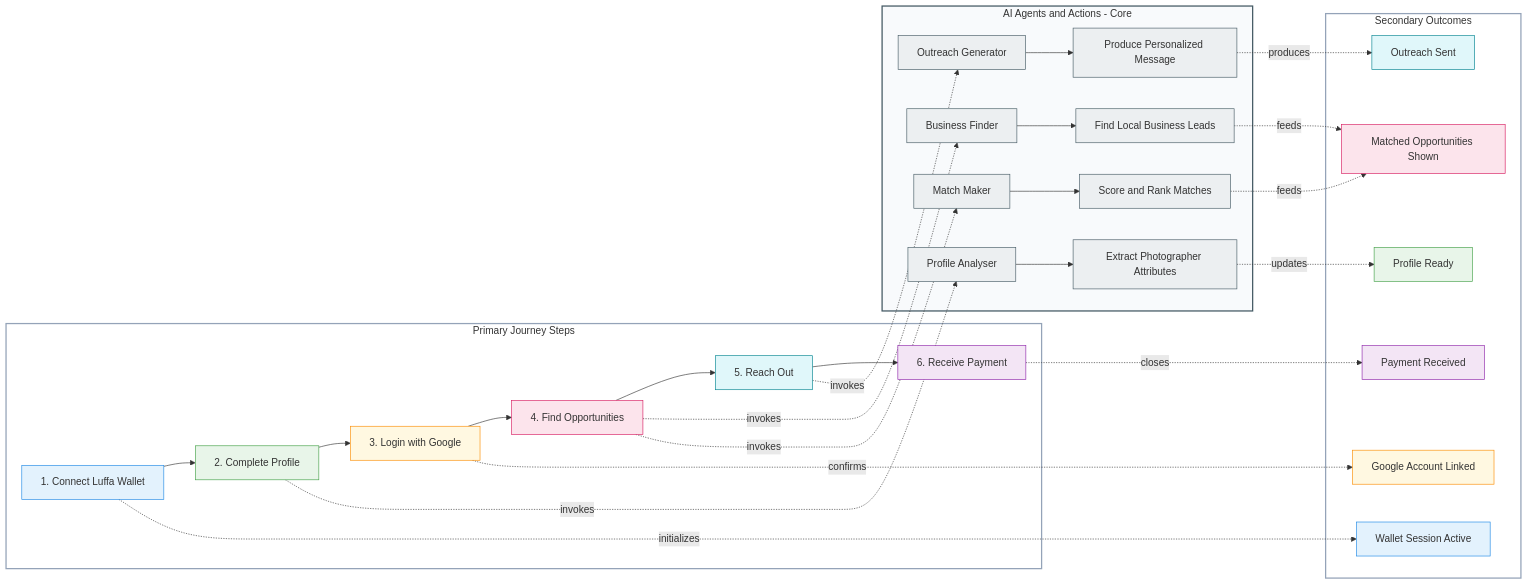
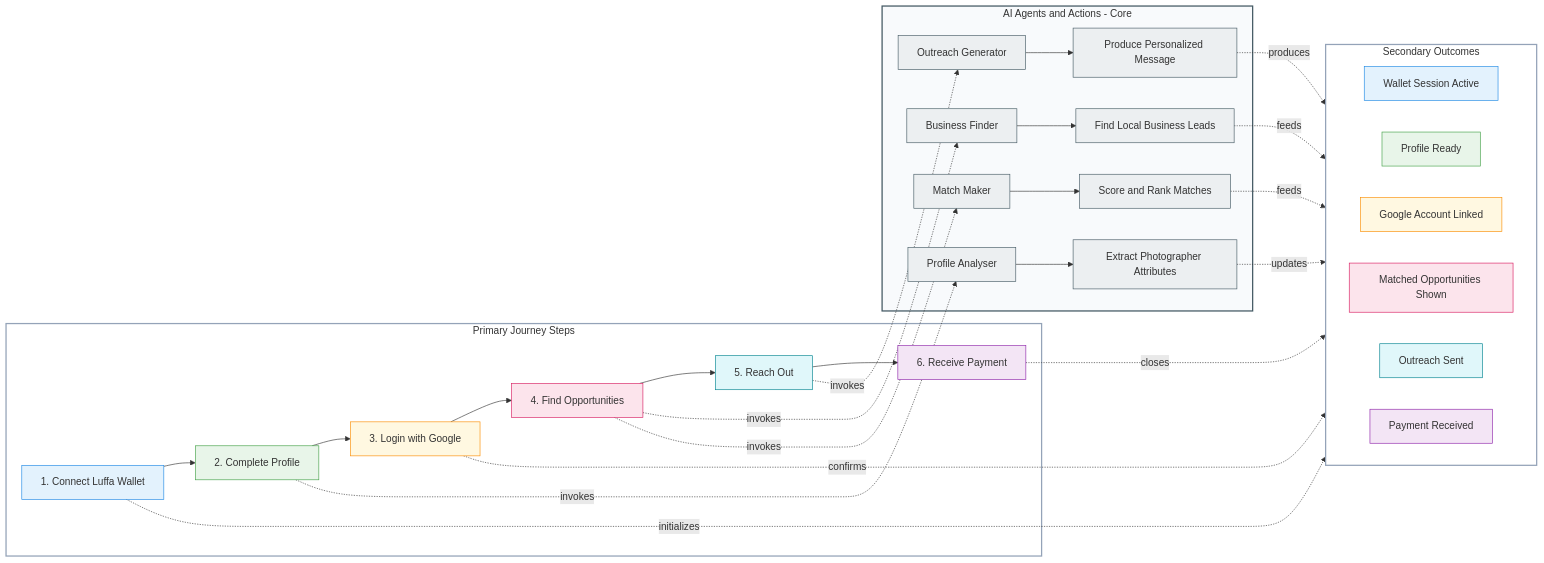
One commit to Encode-Club-AI-Hackathon/PhotoPal changed the diagram in README.md. Above: the diagram before and after it, drawn with Mermaid.

Commit message:
Add direction to secondary outcomes in flowchart for wallet session

````diff
--- a/README.md
+++ b/README.md
@@ -255,73 +255,74 @@
 ```mermaid
 flowchart LR
 	subgraph P[Primary Journey Steps]
 		A1[1. Connect Luffa Wallet]
 		B1[2. Complete Profile]
 		C1[3. Login with Google]
 		D1[4. Find Opportunities]
 		E1[5. Reach Out]
 		F1[6. Receive Payment]
 		A1 --> B1 --> C1 --> D1 --> E1 --> F1
 	end
 
 	subgraph AG[AI Agents and Actions - Core]
 		P1[Profile Analyser]
 		P2[Extract Photographer Attributes]
 		BF1[Business Finder]
 		BF2[Find Local Business Leads]
 		M1[Match Maker]
 		M2[Score and Rank Matches]
 		O1[Outreach Generator]
 		O2[Produce Personalized Message]
 
 		P1 --> P2
 		BF1 --> BF2
 		M1 --> M2
 		O1 --> O2
 	end
 
 	subgraph S[Secondary Outcomes]
+		direction LR
 		A2[Wallet Session Active]
 		B2[Profile Ready]
 		C2[Google Account Linked]
 		D2[Matched Opportunities Shown]
 		E2[Outreach Sent]
 		F2[Payment Received]
 	end
 
 	A1 -. initializes .-> A2
 	C1 -. confirms .-> C2
 
 	B1 -. invokes .-> P1
 	P2 -. updates .-> B2
 
 	D1 -. invokes .-> BF1
 	D1 -. invokes .-> M1
 	BF2 -. feeds .-> D2
 	M2 -. feeds .-> D2
 
 	E1 -. invokes .-> O1
 	O2 -. produces .-> E2
 
 	F1 -. closes .-> F2
 
 	classDef area1 fill:#E3F2FD,stroke:#1E88E5,stroke-width:1px;
 	classDef area2 fill:#E8F5E9,stroke:#43A047,stroke-width:1px;
 	classDef area3 fill:#FFF8E1,stroke:#FB8C00,stroke-width:1px;
 	classDef area4 fill:#FCE4EC,stroke:#D81B60,stroke-width:1px;
 	classDef area5 fill:#E0F7FA,stroke:#00838F,stroke-width:1px;
 	classDef area6 fill:#F3E5F5,stroke:#8E24AA,stroke-width:1px;
 	classDef ai fill:#ECEFF1,stroke:#455A64,stroke-width:1px;
 
 	class A1,A2 area1;
 	class B1,B2 area2;
 	class C1,C2 area3;
 	class D1,D2 area4;
 	class E1,E2 area5;
 	class F1,F2 area6;
 	class P1,P2,BF1,BF2,M1,M2,O1,O2 ai;
 
 	style P fill:#FFFFFF,stroke:#94A3B8,stroke-width:2px;
 	style S fill:#FFFFFF,stroke:#94A3B8,stroke-width:2px;
 	style AG fill:#F8FAFC,stroke:#455A64,stroke-width:2px;
 ```
````
